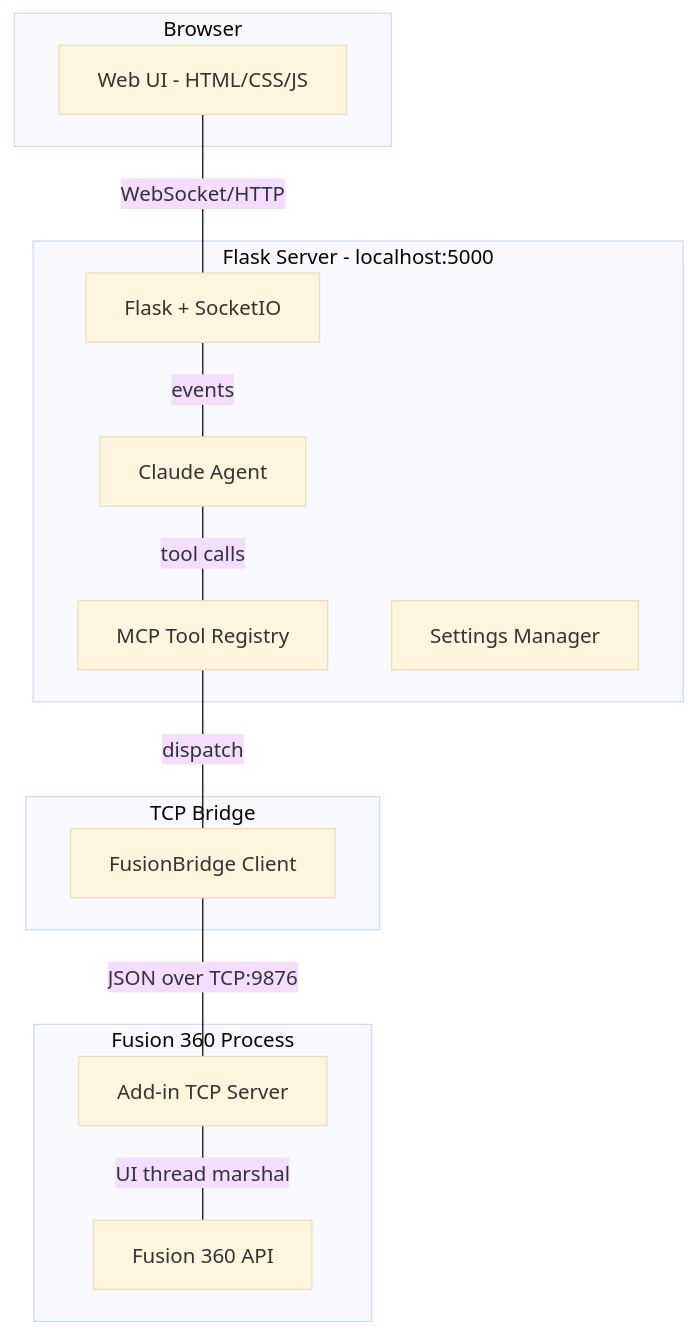
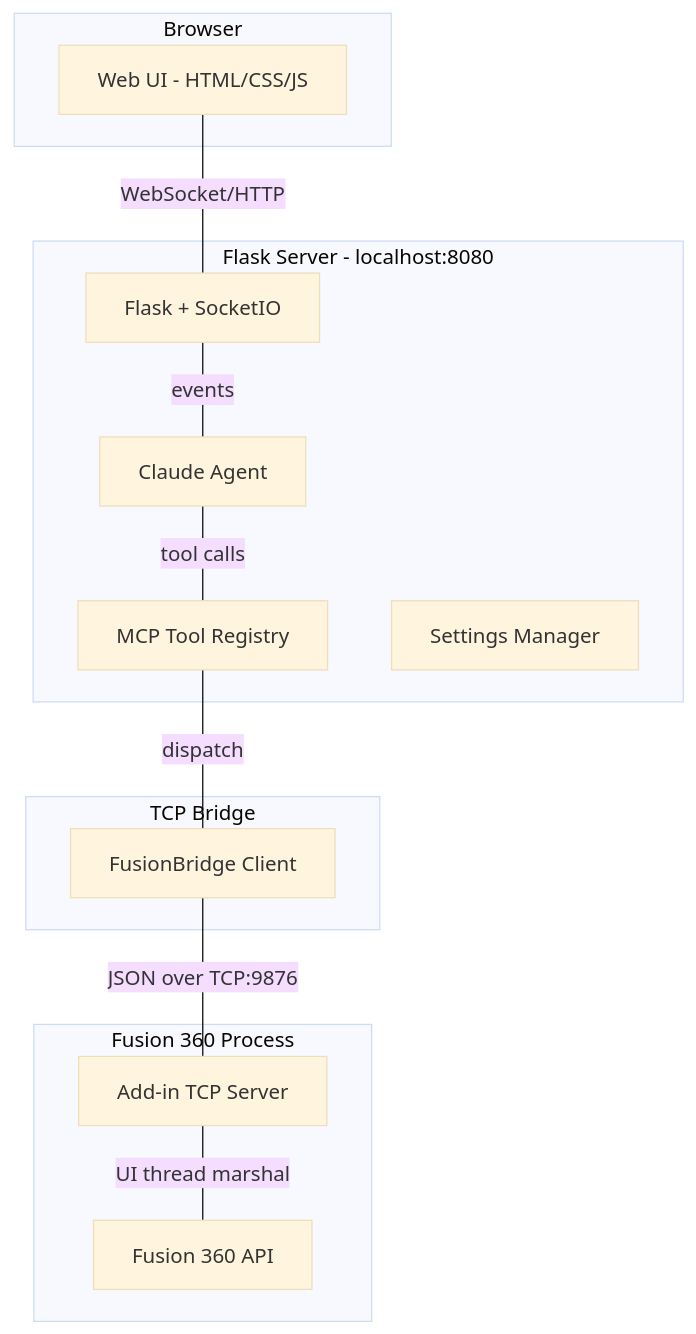
The first of 6 diagrams in docs/ARCHITECTURE.md (RynAgain/Fusion_360_MCP), drawn with Mermaid (base theme) before and after one commit. The commit also changed other lines of this file and 6 other files, not shown here.

````diff
--- a/docs/ARCHITECTURE.md
+++ b/docs/ARCHITECTURE.md
@@ -30,29 +30,29 @@
 ```mermaid
 graph TB
     subgraph Browser
         UI[Web UI - HTML/CSS/JS]
     end
 
-    subgraph Flask Server - localhost:5000
+    subgraph Flask Server - localhost:8080
         WEB[Flask + SocketIO]
         CLAUDE[Claude Agent]
         MCP[MCP Tool Registry]
         SETTINGS[Settings Manager]
     end
 
     subgraph TCP Bridge
         BRIDGE[FusionBridge Client]
     end
 
     subgraph Fusion 360 Process
         ADDIN[Add-in TCP Server]
         FAPI[Fusion 360 API]
     end
 
     UI -- WebSocket/HTTP --- WEB
     WEB -- events --- CLAUDE
     CLAUDE -- tool calls --- MCP
     MCP -- dispatch --- BRIDGE
     BRIDGE -- JSON over TCP:9876 --- ADDIN
     ADDIN -- UI thread marshal --- FAPI
 ```
````
